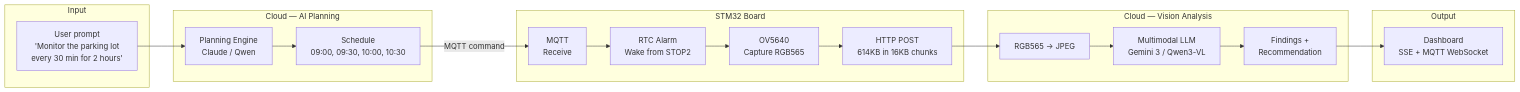
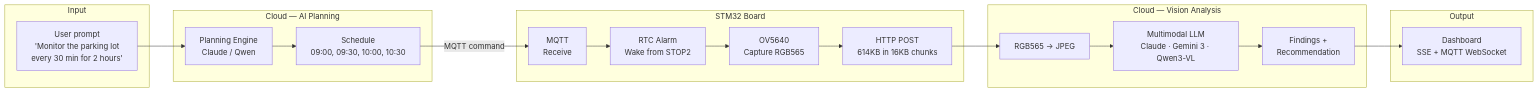
Before and after one commit to WhitehatD/thesis-iot-monitoring: the first of 2 diagrams in README.md, drawn with Mermaid. The commit also changed other lines of this file and 6 other files, not shown here.

````diff
--- a/README.md
+++ b/README.md
@@ -42,36 +42,36 @@
 ```mermaid
 flowchart LR
     subgraph Input
         User["User prompt\n'Monitor the parking lot\nevery 30 min for 2 hours'"]
     end
 
     subgraph Planning ["Cloud — AI Planning"]
         Planner["Planning Engine\nClaude / Qwen"]
         Schedule["Schedule\n09:00, 09:30, 10:00, 10:30"]
         Planner --> Schedule
     end
 
     subgraph Edge ["STM32 Board"]
         MQTT_RX["MQTT\nReceive"]
         RTC["RTC Alarm\nWake from STOP2"]
         CAM["OV5640\nCapture RGB565"]
         Upload["HTTP POST\n614KB in 16KB chunks"]
         MQTT_RX --> RTC --> CAM --> Upload
     end
 
     subgraph Analysis ["Cloud — Vision Analysis"]
         Convert["RGB565 → JPEG"]
-        LLM["Multimodal LLM\nGemini 3 / Qwen3-VL"]
+        LLM["Multimodal LLM\nClaude · Gemini 3 · Qwen3-VL"]
         Result["Findings +\nRecommendation"]
         Convert --> LLM --> Result
     end
 
     subgraph Output
         Dashboard["Dashboard\nSSE + MQTT WebSocket"]
     end
 
     User --> Planner
     Schedule -- "MQTT command" --> MQTT_RX
     Upload --> Convert
     Result --> Dashboard
 ```
````
